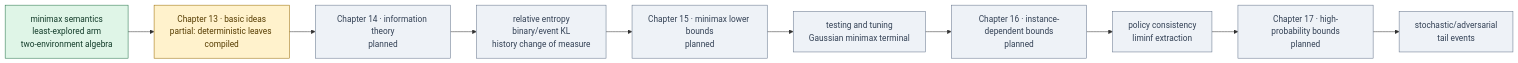
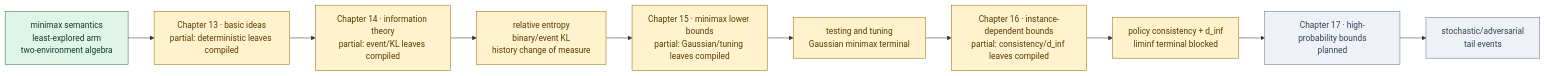
Before and after one commit to DakeBU/Auto-Bandit-RL-Proof-In-Sleep: the diagram in website/diagrams/part-iv-lower-bounds.mmd, drawn with Mermaid. The commit also changed 24 other files, not shown here.

Commit message:
docs: map Chapter 16 exact lower-bound boundary

```diff
--- a/website/diagrams/part-iv-lower-bounds.mmd
+++ b/website/diagrams/part-iv-lower-bounds.mmd
@@ -1,28 +1,28 @@
 flowchart LR
   C13["Chapter 13 · basic ideas<br/>partial: deterministic leaves compiled"]
-  C14["Chapter 14 · information theory<br/>planned"]
-  C15["Chapter 15 · minimax lower bounds<br/>planned"]
-  C16["Chapter 16 · instance-dependent bounds<br/>planned"]
+  C14["Chapter 14 · information theory<br/>partial: event/KL leaves compiled"]
+  C15["Chapter 15 · minimax lower bounds<br/>partial: Gaussian/tuning leaves compiled"]
+  C16["Chapter 16 · instance-dependent bounds<br/>partial: consistency/d_inf leaves compiled"]
   C17["Chapter 17 · high-probability bounds<br/>planned"]
   L13["minimax semantics<br/>least-explored arm<br/>two-environment algebra"]
   KL["relative entropy<br/>binary/event KL<br/>history change of measure"]
   MM["testing and tuning<br/>Gaussian minimax terminal"]
-  ASY["policy consistency<br/>liminf extraction"]
+  ASY["policy consistency + d_inf<br/>liminf terminal blocked"]
   HP["stochastic/adversarial<br/>tail events"]
 
   L13 --> C13
   C13 --> C14
   C14 --> KL
   KL --> C15
   C15 --> MM
   MM --> C16
   C16 --> ASY
   ASY --> C17
   C17 --> HP
 
   classDef compiled fill:#dff5e7,stroke:#247249,color:#123b29
   classDef partial fill:#fff2cc,stroke:#9a6b00,color:#563c00
   classDef planned fill:#eef2f7,stroke:#64748b,color:#334155
   class L13 compiled
-  class C13 partial
-  class C14,C15,C16,C17,KL,MM,ASY,HP planned
+  class C13,C14,C15,C16,KL,MM,ASY partial
+  class C17,HP planned
```
